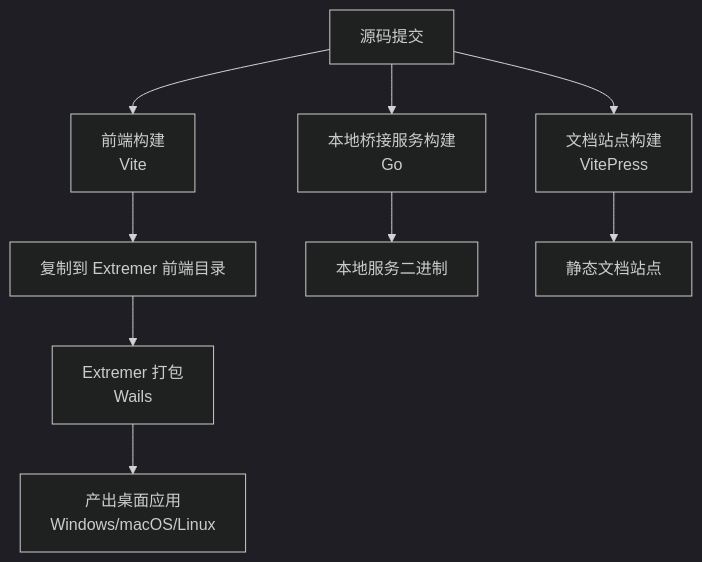
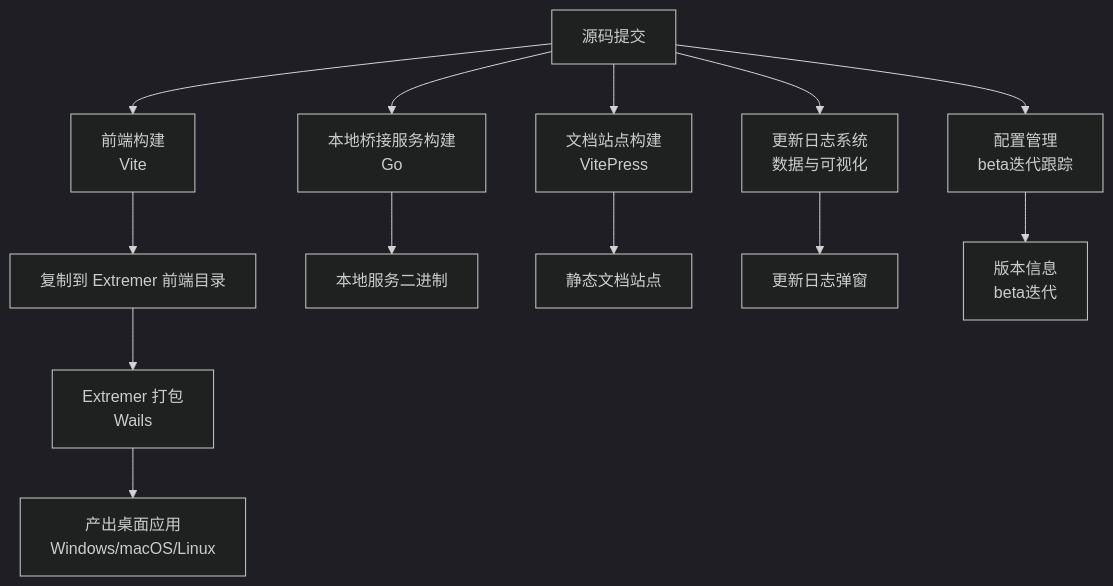
Before and after one commit to kqcoxn/MaaPipelineEditor: the second of 3 diagrams in .qoder/repowiki/zh/content/开发者指南/部署与发布/部署与发布.md, drawn with Mermaid (dark theme). The commit also changed other lines of this file and 50 other files, not shown here.

````diff
--- a/.qoder/repowiki/zh/content/开发者指南/部署与发布/部署与发布.md
+++ b/.qoder/repowiki/zh/content/开发者指南/部署与发布/部署与发布.md
@@ -79,11 +118,15 @@
 ```mermaid
 flowchart TD
 A["源码提交"] --> B["前端构建<br/>Vite"]
 B --> C["复制到 Extremer 前端目录"]
 C --> D["Extremer 打包<br/>Wails"]
 A --> E["本地桥接服务构建<br/>Go"]
 A --> F["文档站点构建<br/>VitePress"]
-D --> G["产出桌面应用<br/>Windows/macOS/Linux"]
-E --> H["本地服务二进制"]
-F --> I["静态文档站点"]
+A --> G["更新日志系统<br/>数据与可视化"]
+A --> H["配置管理<br/>beta迭代跟踪"]
+D --> I["产出桌面应用<br/>Windows/macOS/Linux"]
+E --> J["本地服务二进制"]
+F --> K["静态文档站点"]
+G --> L["更新日志弹窗"]
+H --> M["版本信息<br/>beta迭代"]
 ```
````
